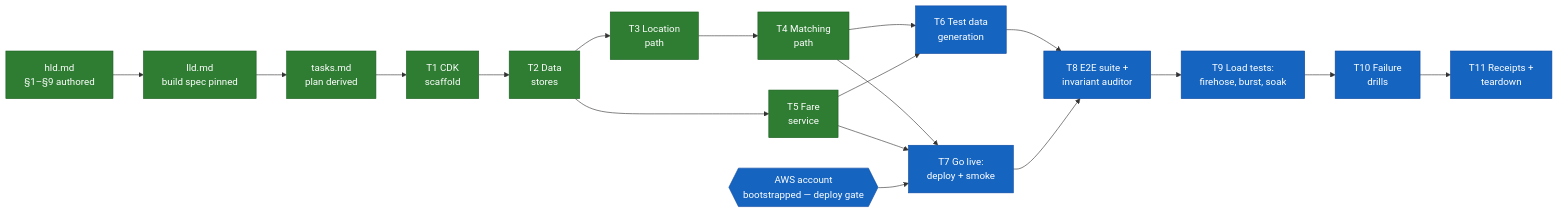
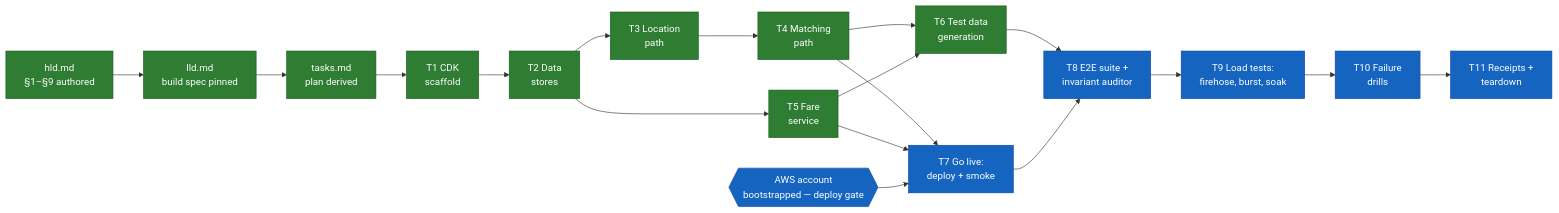
One commit to quannh0308/SystemDesignDeepDives changed the diagram in uber-like-rides/docs/ledger.md. Above: the diagram before and after it, drawn with Mermaid. The commit also changed other lines of this file and 13 other files, not shown here.

````diff
--- a/uber-like-rides/docs/ledger.md
+++ b/uber-like-rides/docs/ledger.md
@@ -8,38 +8,38 @@
 ```mermaid
 flowchart LR
     DESIGN[hld.md<br/>§1–§9 authored]
     LLD[lld.md<br/>build spec pinned]
     PLAN[tasks.md<br/>plan derived]
     T1[T1 CDK<br/>scaffold]
     T2[T2 Data<br/>stores]
     T3[T3 Location<br/>path]
     T4[T4 Matching<br/>path]
     T5[T5 Fare<br/>service]
     T6[T6 Test data<br/>generation]
     T7[T7 Go live:<br/>deploy + smoke]
     T8[T8 E2E suite +<br/>invariant auditor]
     T9[T9 Load tests:<br/>firehose, burst, soak]
     T10[T10 Failure<br/>drills]
     T11[T11 Receipts +<br/>teardown]
     AWS{{AWS account<br/>bootstrapped — deploy gate}}
 
     DESIGN --> LLD --> PLAN --> T1
     T1 --> T2
     T2 --> T3
     T2 --> T5
     T3 --> T4
     T4 --> T6
     T5 --> T6
     T4 --> T7
     T5 --> T7
     AWS --> T7
     T6 --> T8
     T7 --> T8
     T8 --> T9 --> T10 --> T11
 
     classDef done fill:#2e7d32,color:#fff,stroke:#1b5e20
     classDef active fill:#ff8f00,color:#fff,stroke:#e65100
     classDef pending fill:#1565c0,color:#fff,stroke:#0d47a1
-    class DESIGN,LLD,PLAN,T1,T2,T3,T4,T5 done
-    class T6,T7,T8,T9,T10,T11,AWS pending
+    class DESIGN,LLD,PLAN,T1,T2,T3,T4,T5,T6 done
+    class T7,T8,T9,T10,T11,AWS pending
 ```
````
